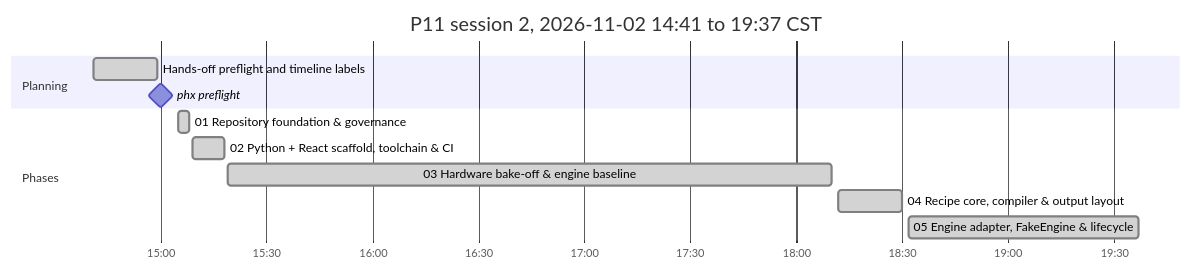
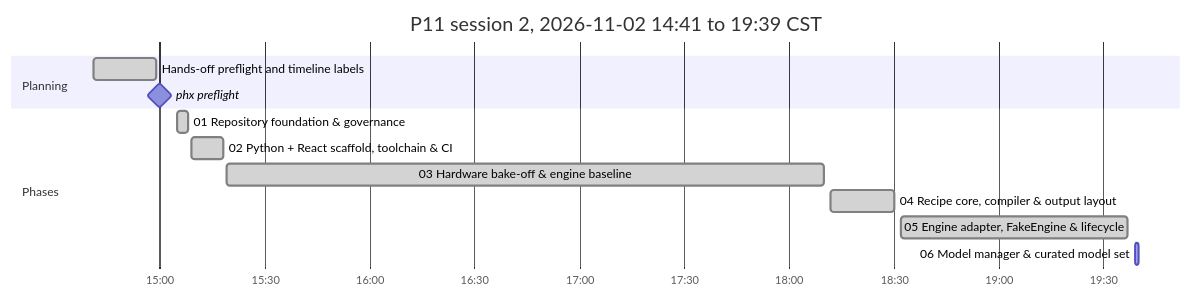
One commit to antonizick/project1111 changed the second of 2 diagrams in P11_IMPLEMENTATION_PLAN.md. Above: the diagram before and after it, drawn with Mermaid. The commit also changed other lines of this file and 1 other file, not shown here.

Commit message:
docs(plan): refresh timeline

````diff
--- a/P11_IMPLEMENTATION_PLAN.md
+++ b/P11_IMPLEMENTATION_PLAN.md
@@ -74,15 +74,16 @@
 ```mermaid
 gantt
-    title P11 session 2, 2026-11-02 14:41 to 19:37 CST
+    title P11 session 2, 2026-11-02 14:41 to 19:39 CST
     dateFormat YYYY-MM-DD HH:mm
     axisFormat %H:%M
     section Planning
     Hands-off preflight and timeline labels :done, plan3, 2026-11-02 14:41, 2026-11-02 14:59
     phx preflight :milestone, pf13ee0d5, 2026-11-02 15:00, 0m
     section Phases
     01 Repository foundation & governance :done, p01s2, 2026-11-02 15:05, 2026-11-02 15:08
     02 Python + React scaffold, toolchain & CI :done, p02s2, 2026-11-02 15:09, 2026-11-02 15:18
     03 Hardware bake-off & engine baseline :done, p03s2, 2026-11-02 15:19, 2026-11-02 18:10
     04 Recipe core, compiler & output layout :done, p04s2, 2026-11-02 18:12, 2026-11-02 18:30
     05 Engine adapter, FakeEngine & lifecycle :done, p05s2, 2026-11-02 18:32, 2026-11-02 19:37
+    06 Model manager & curated model set :active, p06s2, 2026-11-02 19:39, 2026-11-02 19:40
 ```
````
